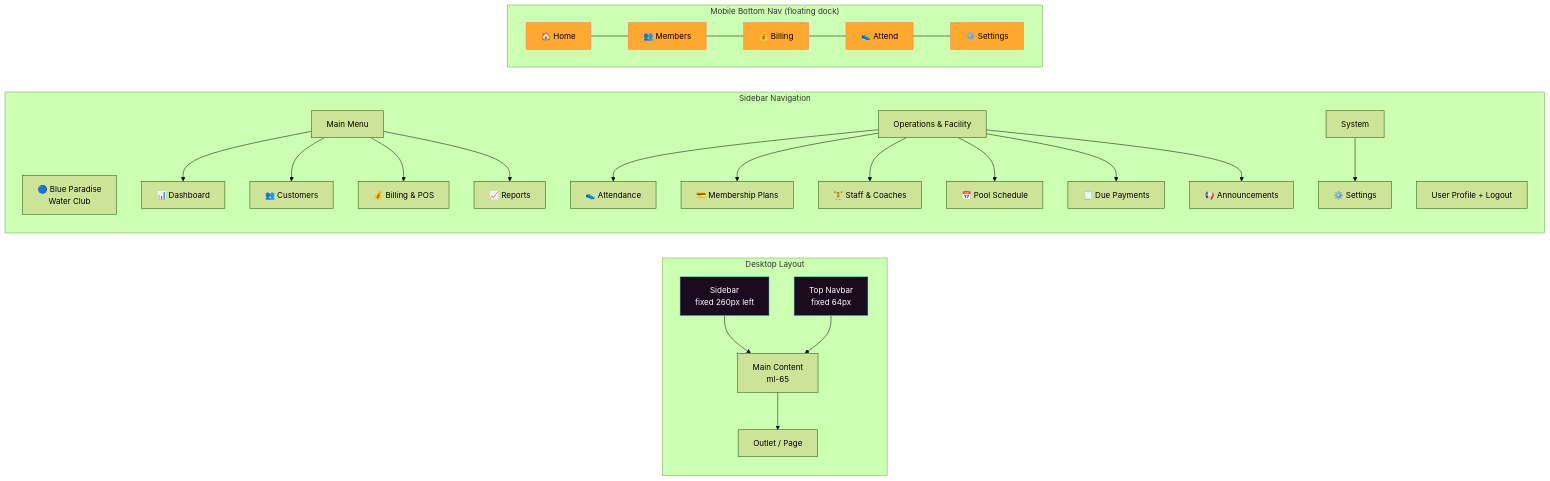
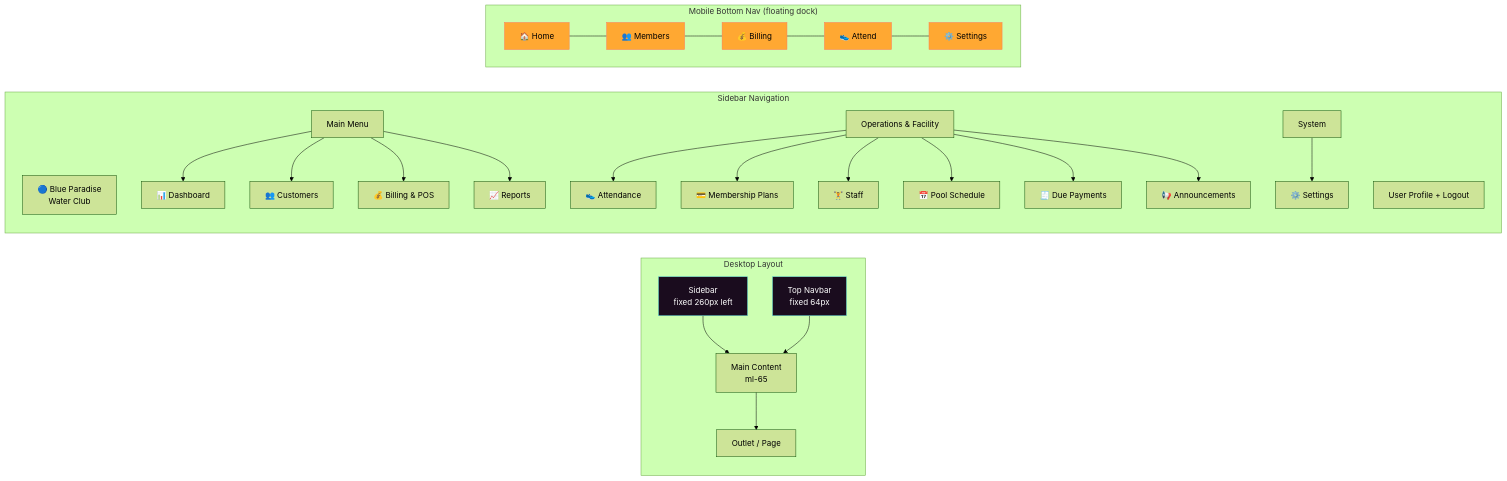
The third of 9 diagrams in PROJECT_FLOW.md (Santosh226196/blue-paradise-webapp), drawn with Mermaid (forest theme) before and after one commit. The commit also changed other lines of this file and 35 other files, not shown here.

````diff
--- a/PROJECT_FLOW.md
+++ b/PROJECT_FLOW.md
@@ -184,40 +184,40 @@
 ```mermaid
 graph LR
     subgraph Desktop["Desktop Layout"]
         direction TB
         Sidebar[Sidebar<br/>fixed 260px left] --> Main["Main Content<br/>ml-65"]
         Navbar[Top Navbar<br/>fixed 64px] --> Main
         Main --> Outlet[Outlet / Page]
     end
 
     subgraph SidebarContent[Sidebar Navigation]
         direction TB
         Brand["🔵 Blue Paradise<br/>Water Club"]
         MainMenu["Main Menu"]
         OpsMenu["Operations & Facility"]
         SysMenu["System"]
         UserFooter["User Profile + Logout"]
 
         MainMenu --> Dashboard["📊 Dashboard"]
         MainMenu --> Customers["👥 Customers"]
         MainMenu --> Billing["💰 Billing & POS"]
         MainMenu --> Reports["📈 Reports"]
         OpsMenu --> Attendance["👟 Attendance"]
         OpsMenu --> Plans["💳 Membership Plans"]
-        OpsMenu --> Staff["🏋️ Staff & Coaches"]
+        OpsMenu --> Staff["🏋️ Staff"]
         OpsMenu --> Schedule["📅 Pool Schedule"]
         OpsMenu --> DuePayments["🧾 Due Payments"]
         OpsMenu --> Announcements["📢 Announcements"]
         SysMenu --> Settings["⚙️ Settings"]
     end
 
     subgraph MobileNav["Mobile Bottom Nav (floating dock)"]
         direction LR
         Home["🏠 Home"] --- Members["👥 Members"] --- BillBtn["💰 Billing"] --- Attend["👟 Attend"] --- Set["⚙️ Settings"]
     end
 
     classDef sidebar fill:#1a0c1e,stroke:#5FD9D6,color:#fff
     classDef nav fill:#FFA832,stroke:#FF7A59,color:#000
     class Sidebar,Navbar sidebar
     class Home,Members,BillBtn,Attend,Set nav
 ```
````
